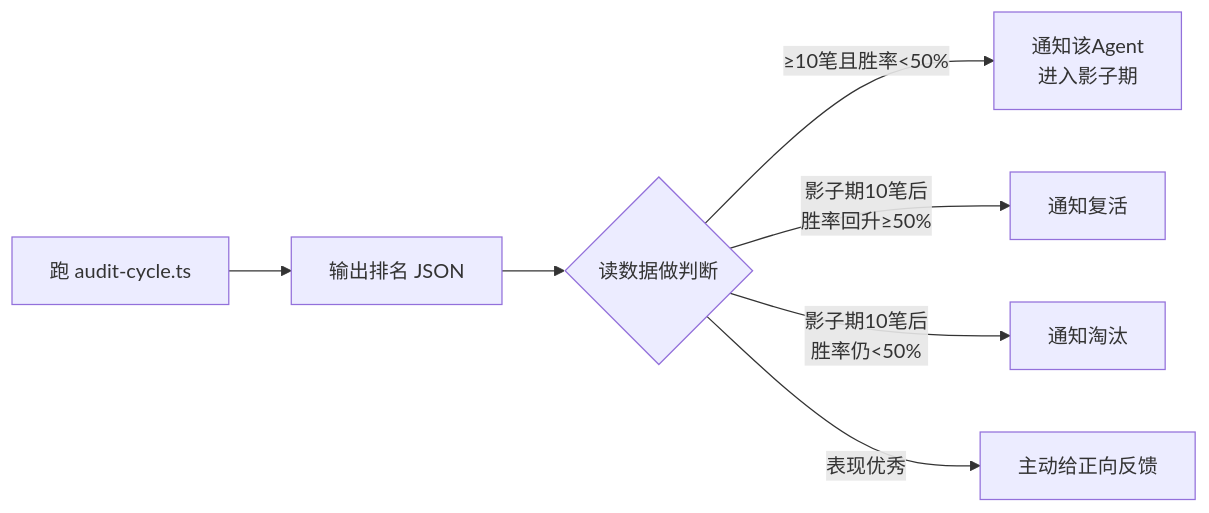
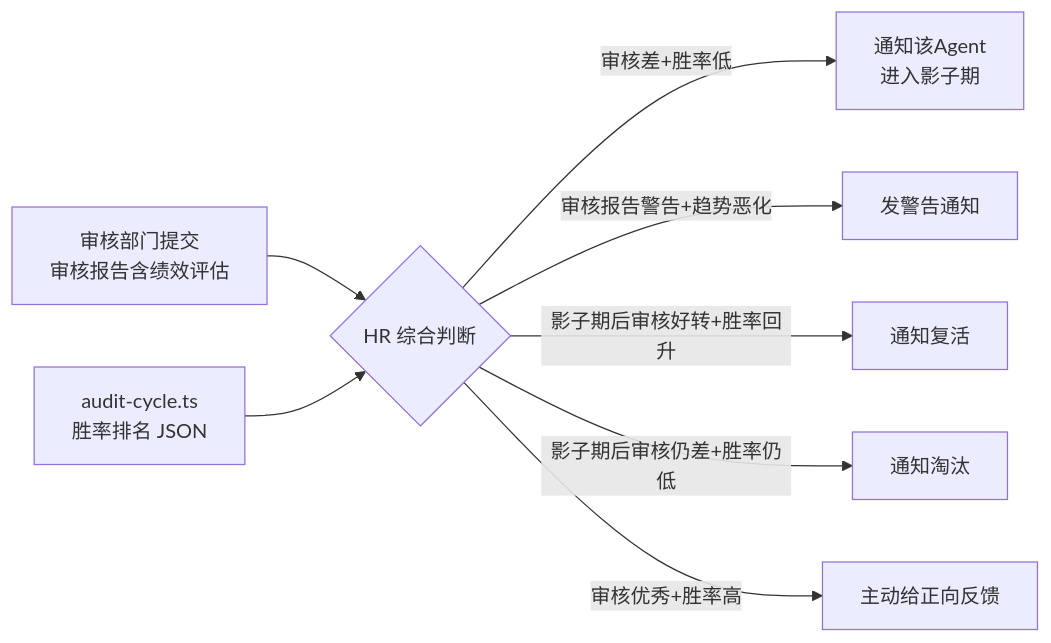
The third of 5 diagrams in docs/architecture.md (fantian007/hermes-trading-system), drawn with Mermaid before and after one commit. The commit also changed other lines of this file and 8 other files, not shown here.

````diff
--- a/docs/architecture.md
+++ b/docs/architecture.md
@@ -313,9 +329,10 @@
 ```mermaid
 flowchart LR
-    RUN[跑 audit-cycle.ts] --> JSON[输出排名 JSON]
-    JSON --> JUDGE{读数据做判断}
-    JUDGE -->|"≥10笔且胜率<50%"| SHADOW[通知该Agent<br/>进入影子期]
-    JUDGE -->|"影子期10笔后<br/>胜率回升≥50%"| REVIVE[通知复活]
-    JUDGE -->|"影子期10笔后<br/>胜率仍<50%"| FIRE[通知淘汰]
-    JUDGE -->|"表现优秀"| PRAISE[主动给正向反馈]
+    REPORT[审核部门提交<br/>审核报告含绩效评估] --> HR{HR 综合判断}
+    STATS[audit-cycle.ts<br/>胜率排名 JSON] --> HR
+    HR -->|"审核差+胜率低"| SHADOW[通知该Agent<br/>进入影子期]
+    HR -->|"审核报告警告+趋势恶化"| WARN[发警告通知]
+    HR -->|"影子期后审核好转+胜率回升"| REVIVE[通知复活]
+    HR -->|"影子期后审核仍差+胜率仍低"| FIRE[通知淘汰]
+    HR -->|"审核优秀+胜率高"| PRAISE[主动给正向反馈]
 ```
````
